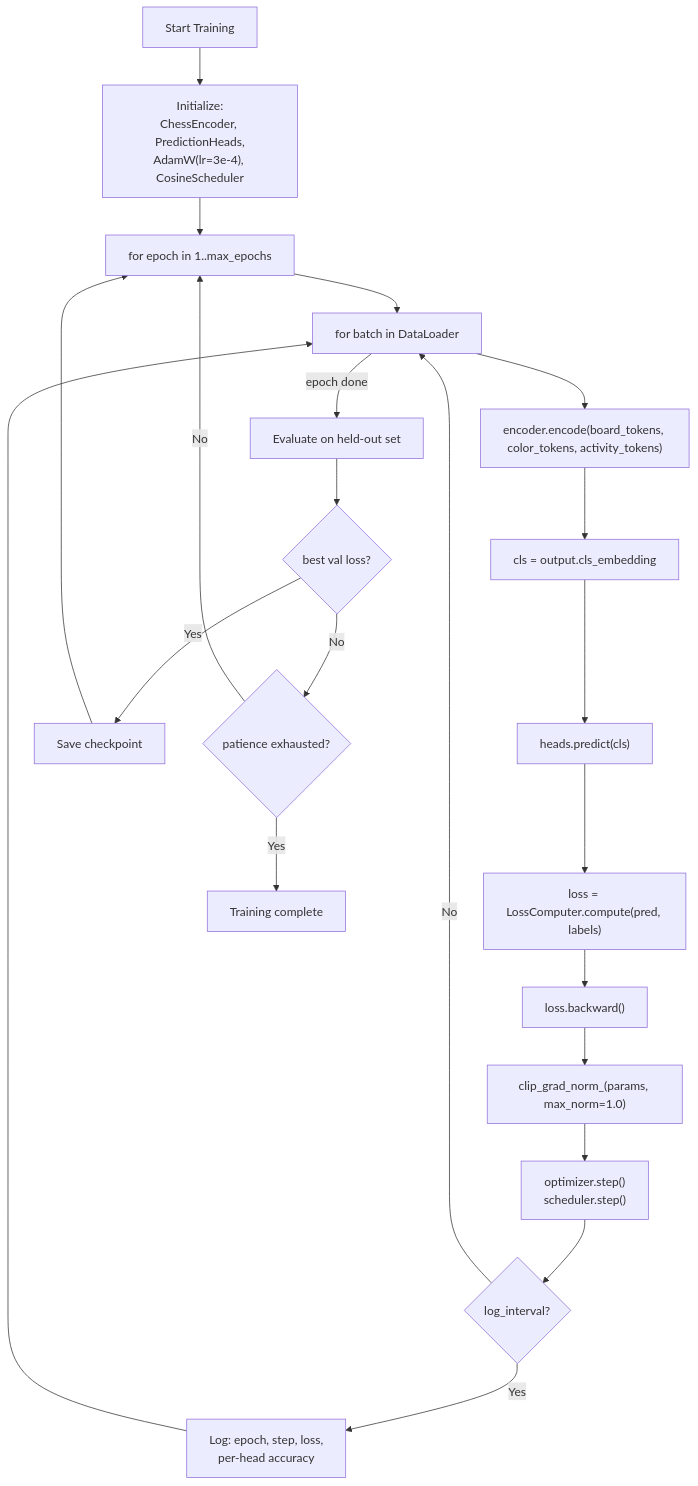
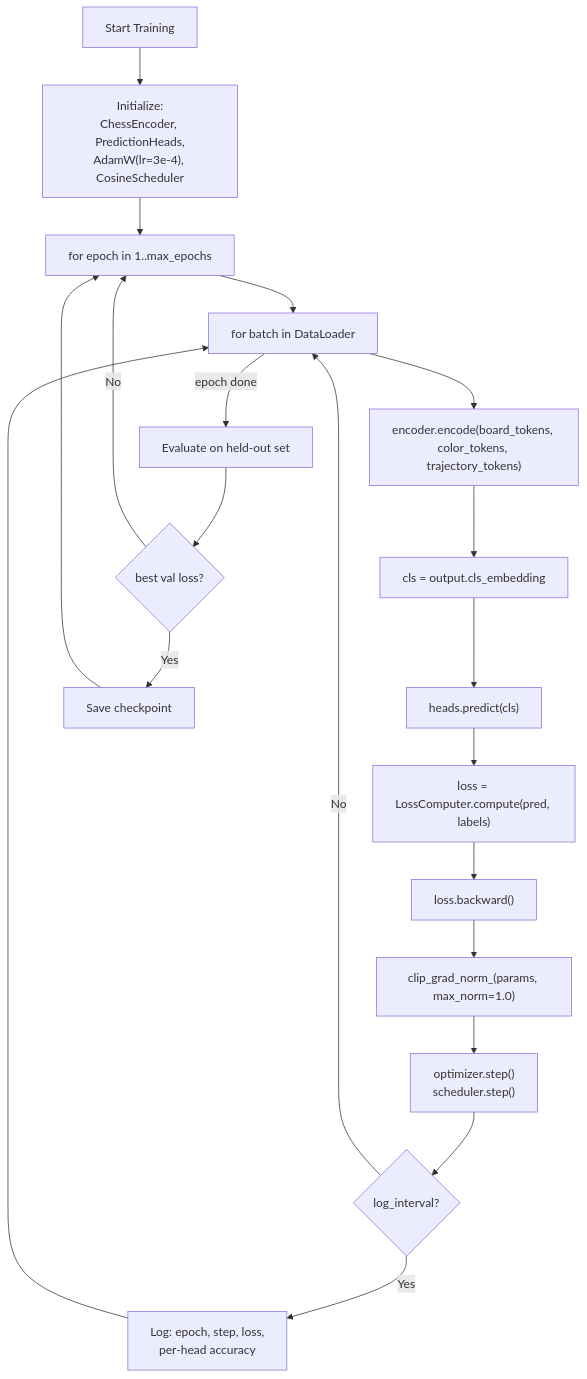
Before and after one commit to sombersomni/chess-policy-agent: the sixth of 6 diagrams in chess_encoder_final_design.md, drawn with Mermaid. The commit also changed other lines of this file and 4 other files, not shown here.

````diff
--- a/chess_encoder_final_design.md
+++ b/chess_encoder_final_design.md
@@ -271,25 +260,23 @@
 ```mermaid
 flowchart TD
     START["Start Training"] --> INIT["Initialize:<br/>ChessEncoder, PredictionHeads,<br/>AdamW(lr=3e-4), CosineScheduler"]
     INIT --> EPOCH["for epoch in 1..max_epochs"]
     EPOCH --> BATCH["for batch in DataLoader"]
-    BATCH --> FWD["encoder.encode(board_tokens, color_tokens, activity_tokens)"]
+    BATCH --> FWD["encoder.encode(board_tokens, color_tokens, trajectory_tokens)"]
     FWD --> CLS["cls = output.cls_embedding"]
     CLS --> PRED["heads.predict(cls)"]
     PRED --> LOSS["loss = LossComputer.compute(pred, labels)"]
     LOSS --> BACK["loss.backward()"]
     BACK --> CLIP["clip_grad_norm_(params, max_norm=1.0)"]
     CLIP --> STEP["optimizer.step()<br/>scheduler.step()"]
     STEP --> LOG{"log_interval?"}
     LOG -->|Yes| PRINT["Log: epoch, step, loss,<br/>per-head accuracy"]
     LOG -->|No| BATCH
     PRINT --> BATCH
 
     BATCH -->|"epoch done"| EVAL["Evaluate on held-out set"]
     EVAL --> SAVE{"best val loss?"}
     SAVE -->|Yes| CKPT["Save checkpoint"]
-    SAVE -->|No| EARLY{"patience exhausted?"}
     CKPT --> EPOCH
-    EARLY -->|No| EPOCH
-    EARLY -->|Yes| DONE["Training complete"]
+    SAVE -->|No| EPOCH
 ```
````
